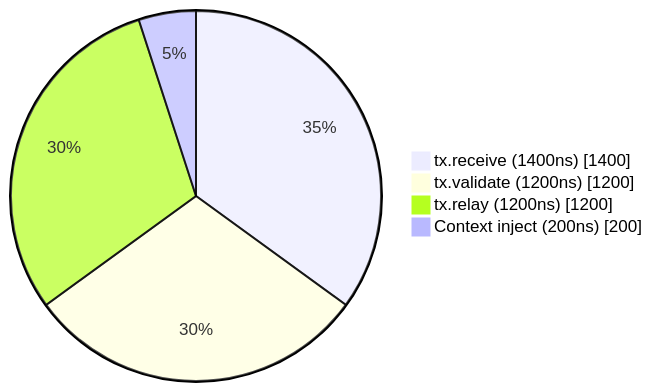
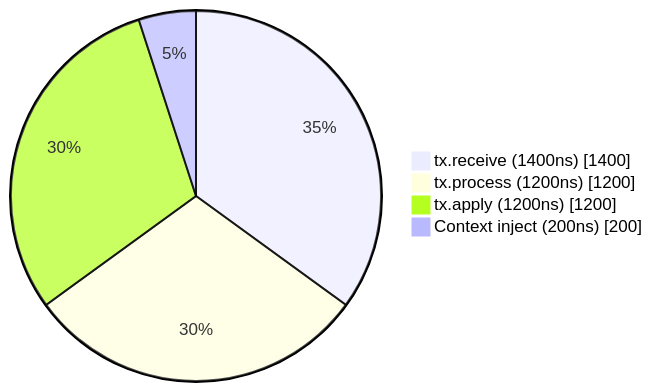
The second of 5 diagrams in OpenTelemetryPlan/03-implementation-strategy.md (XRPLF/rippled), drawn with Mermaid before and after one commit. The commit also changed other lines of this file and 34 other files, not shown here.

````diff
--- a/OpenTelemetryPlan/03-implementation-strategy.md
+++ b/OpenTelemetryPlan/03-implementation-strategy.md
@@ -119,8 +156,8 @@
 ```mermaid
 %%{init: {'pie': {'textPosition': 0.75}}}%%
 pie showData
     "tx.receive (1400ns)" : 1400
-    "tx.validate (1200ns)" : 1200
-    "tx.relay (1200ns)" : 1200
+    "tx.process (1200ns)" : 1200
+    "tx.apply (1200ns)" : 1200
     "Context inject (200ns)" : 200
 ```
````
